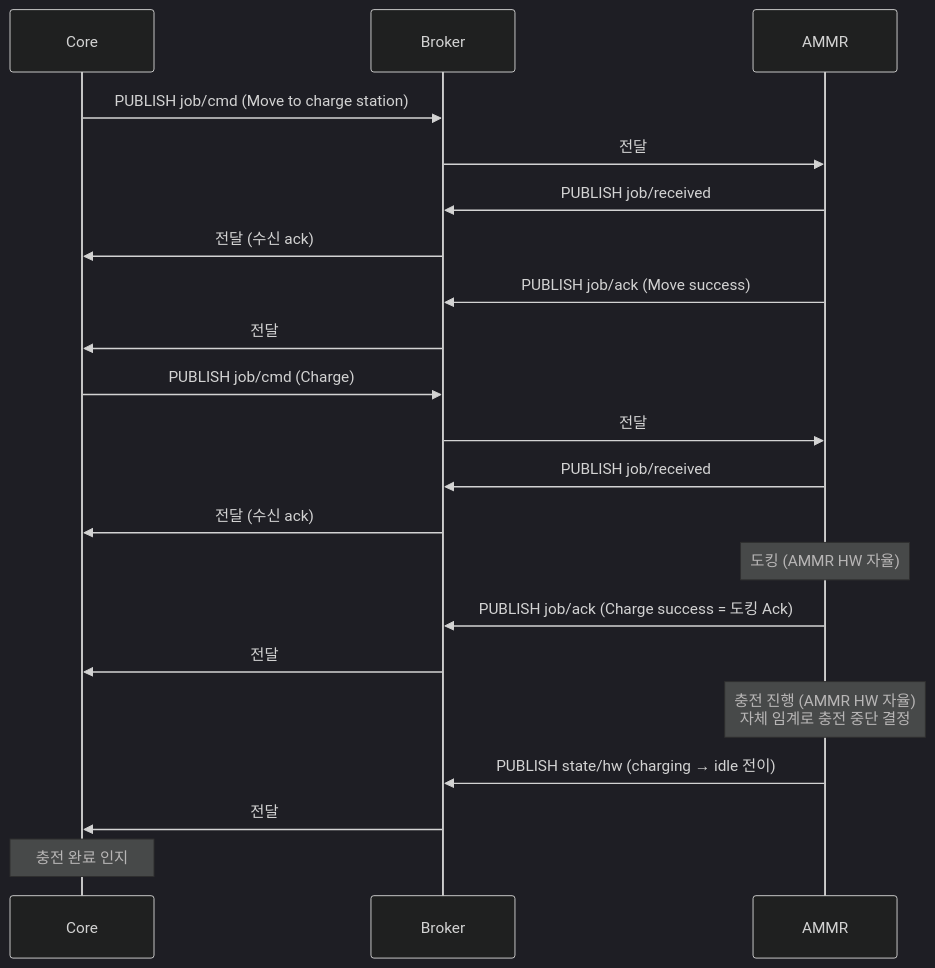
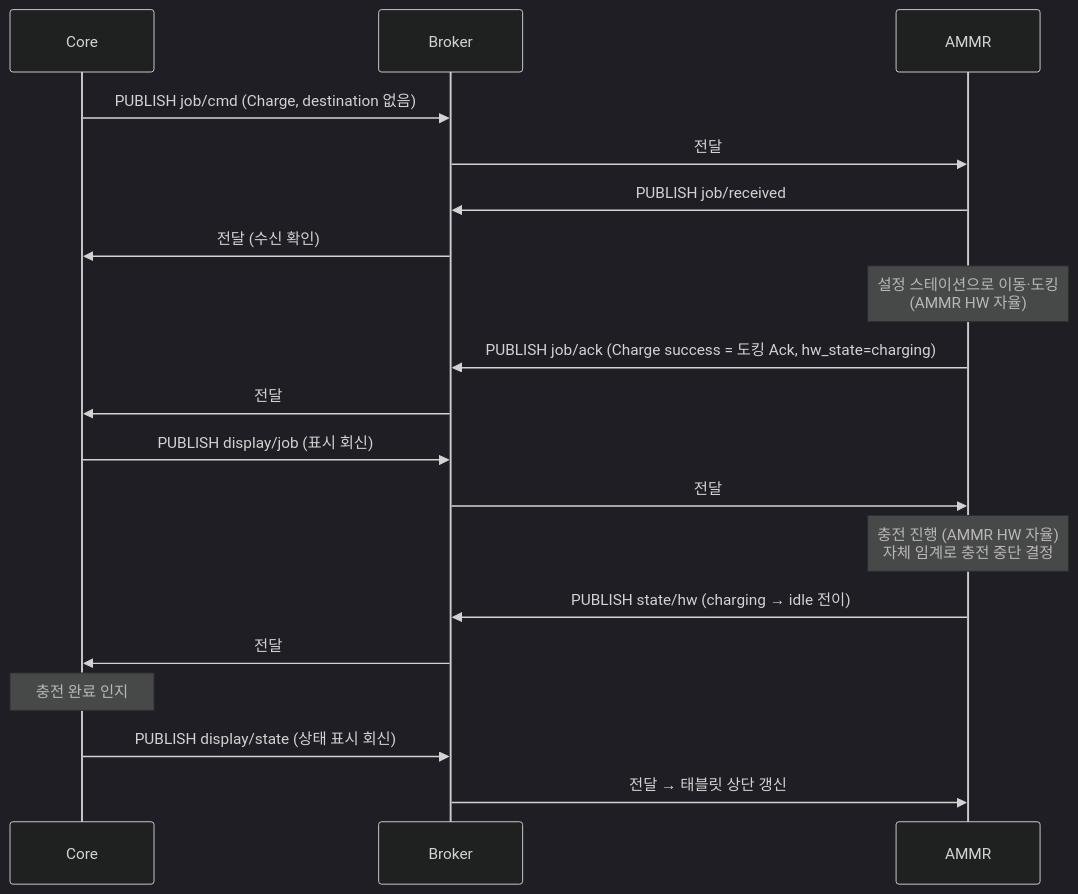
The seventh of 12 diagrams in docs/out/Core_ICD_AMMR.md (kimminsu0315/Core-Docs), drawn with Mermaid (dark theme) before and after one commit. The commit also changed other lines of this file and 7 other files, not shown here.

````diff
--- a/docs/out/Core_ICD_AMMR.md
+++ b/docs/out/Core_ICD_AMMR.md
@@ -725,26 +1090,23 @@
 ```mermaid
 sequenceDiagram
     participant C as Core
     participant B as Broker
     participant A as AMMR
 
-    C->>B: PUBLISH job/cmd (Move to charge station)
+    C->>B: PUBLISH job/cmd (Charge, destination 없음)
     B->>A: 전달
     A->>B: PUBLISH job/received
-    B->>C: 전달 (수신 ack)
-    A->>B: PUBLISH job/ack (Move success)
+    B->>C: 전달 (수신 확인)
+    Note over A: 설정 스테이션으로 이동·도킹<br/>(AMMR HW 자율)
+    A->>B: PUBLISH job/ack (Charge success = 도킹 Ack, hw_state=charging)
     B->>C: 전달
-
-    C->>B: PUBLISH job/cmd (Charge)
+    C->>B: PUBLISH display/job (표시 회신)
     B->>A: 전달
-    A->>B: PUBLISH job/received
-    B->>C: 전달 (수신 ack)
-    Note over A: 도킹 (AMMR HW 자율)
-    A->>B: PUBLISH job/ack (Charge success = 도킹 Ack)
-    B->>C: 전달
 
     Note over A: 충전 진행 (AMMR HW 자율)<br/>자체 임계로 충전 중단 결정
     A->>B: PUBLISH state/hw (charging → idle 전이)
     B->>C: 전달
     Note over C: 충전 완료 인지
+    C->>B: PUBLISH display/state (상태 표시 회신)
+    B->>A: 전달 → 태블릿 상단 갱신
 ```
````
